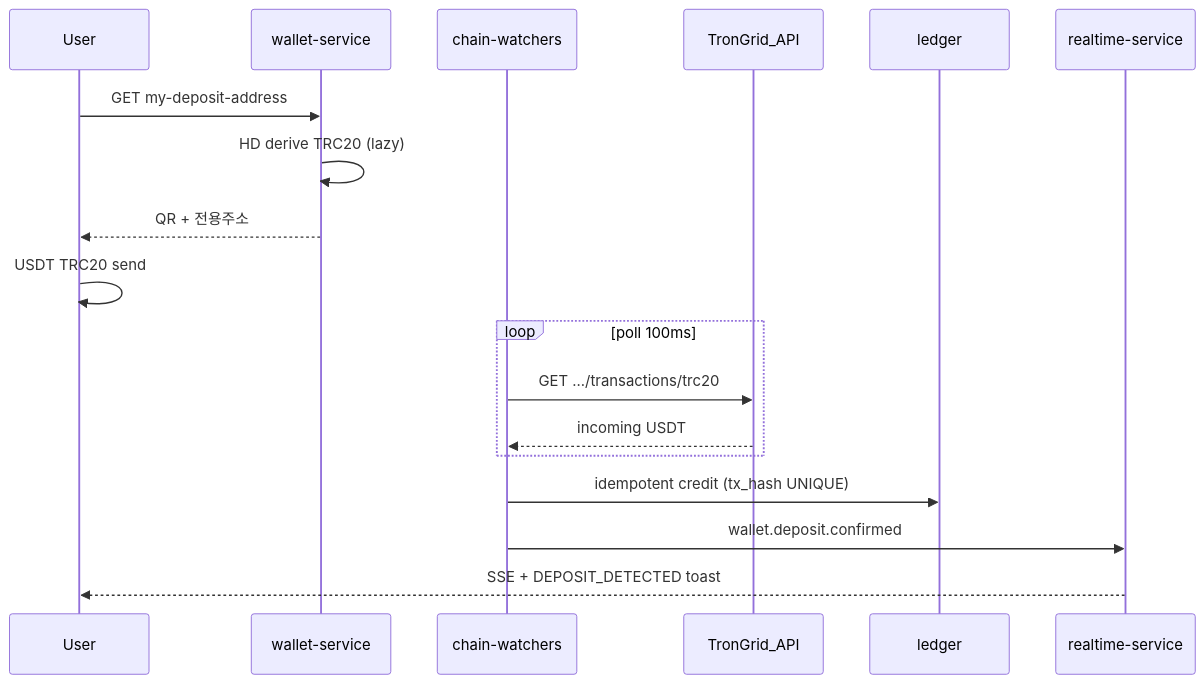
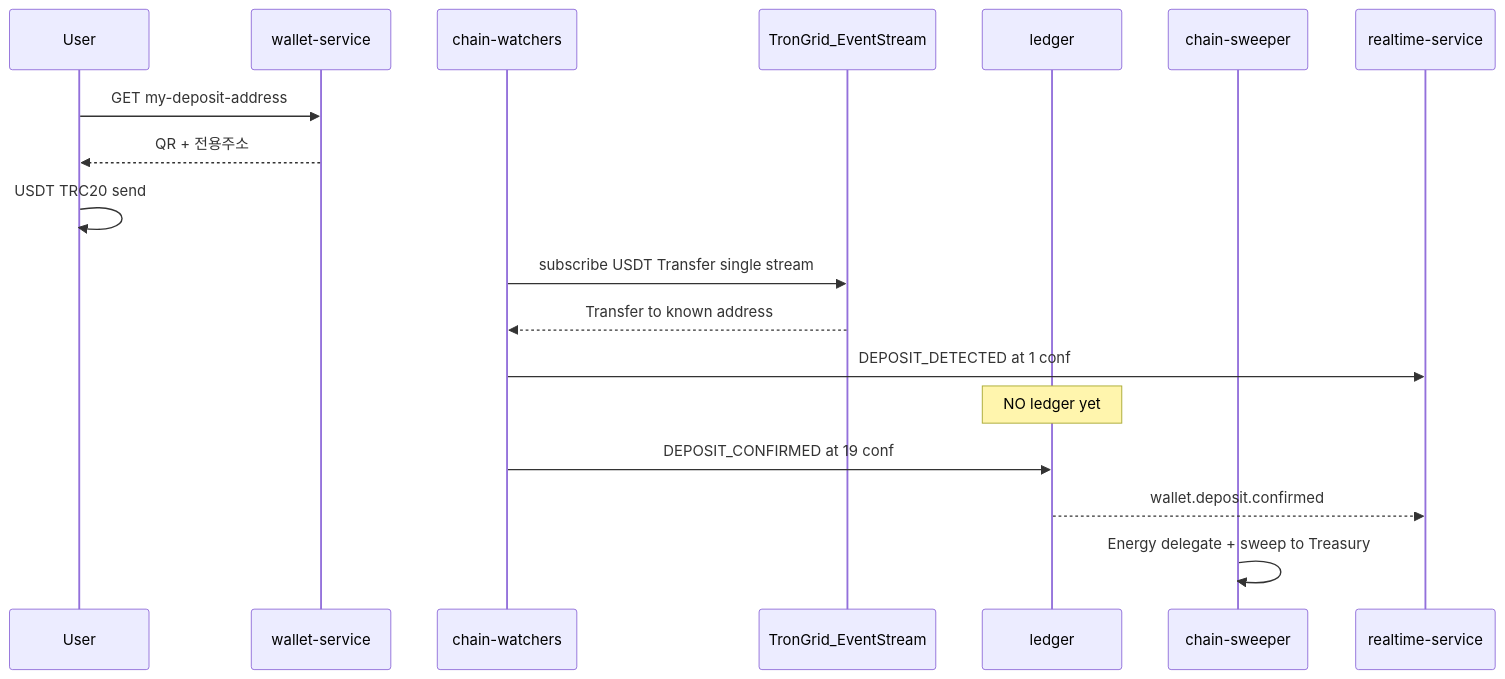
One commit to phonarawd/AI-Profit-OS changed the sixth of 7 diagrams in .cursor/plans/ai_profit_os_launch_54c1261e.plan.md. Above: the diagram before and after it, drawn with Mermaid. The commit also changed other lines of this file and 121 other files, not shown here.

````diff
--- a/.cursor/plans/ai_profit_os_launch_54c1261e.plan.md
+++ b/.cursor/plans/ai_profit_os_launch_54c1261e.plan.md
@@ -2464,21 +3261,21 @@
 ```mermaid
 sequenceDiagram
   participant U as User
   participant W as wallet-service
   participant CW as chain-watchers
-  participant TG as TronGrid_API
+  participant TG as TronGrid_EventStream
   participant L as ledger
+  participant SW as chain-sweeper
   participant RT as realtime-service
 
   U->>W: GET my-deposit-address
-  W->>W: HD derive TRC20 (lazy)
   W-->>U: QR + 전용주소
   U->>U: USDT TRC20 send
-  loop poll 100ms
-    CW->>TG: GET .../transactions/trc20
-    TG-->>CW: incoming USDT
-  end
-  CW->>L: idempotent credit (tx_hash UNIQUE)
-  CW->>RT: wallet.deposit.confirmed
-  RT-->>U: SSE + DEPOSIT_DETECTED toast
+  CW->>TG: subscribe USDT Transfer single stream
+  TG-->>CW: Transfer to known address
+  CW->>RT: DEPOSIT_DETECTED at 1 conf
+  Note over L: NO ledger yet
+  CW->>L: DEPOSIT_CONFIRMED at 19 conf
+  L-->>RT: wallet.deposit.confirmed
+  SW->>SW: Energy delegate + sweep to Treasury
 ```
````
